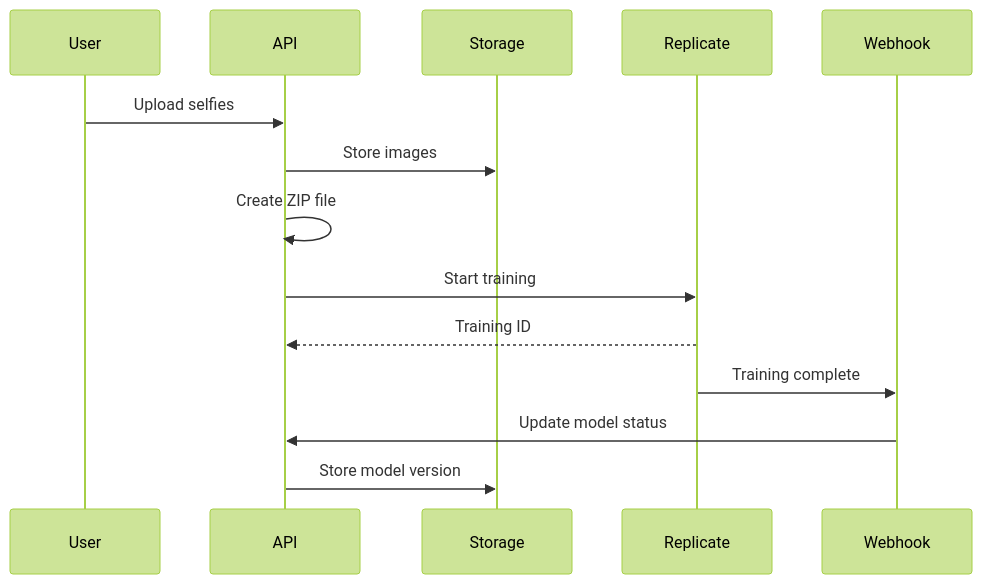
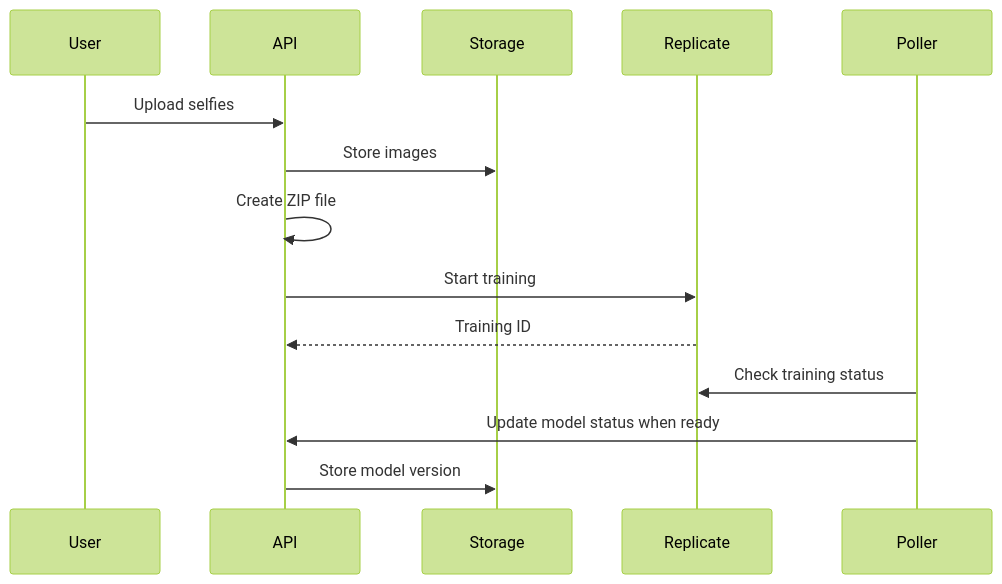
Before and after one commit to alanw707/AI.ProfilePhotoMaker: the diagram in docs/operations/PHOTO_PROCESSING.md, drawn with Mermaid (forest theme). The commit also changed other lines of this file and 113 other files, not shown here.

````diff
--- a/docs/operations/PHOTO_PROCESSING.md
+++ b/docs/operations/PHOTO_PROCESSING.md
@@ -33,17 +33,17 @@
 ```mermaid
 sequenceDiagram
     participant User
     participant API
     participant Storage
     participant Replicate
-    participant Webhook
+    participant Poller
 
     User->>API: Upload selfies
     API->>Storage: Store images
     API->>API: Create ZIP file
     API->>Replicate: Start training
     Replicate-->>API: Training ID
-    Replicate->>Webhook: Training complete
-    Webhook->>API: Update model status
+    Poller->>Replicate: Check training status
+    Poller->>API: Update model status when ready
     API->>Storage: Store model version
 ```
````
